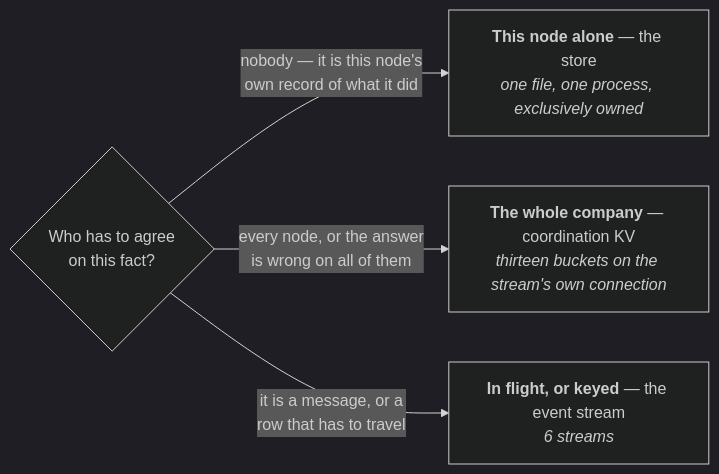
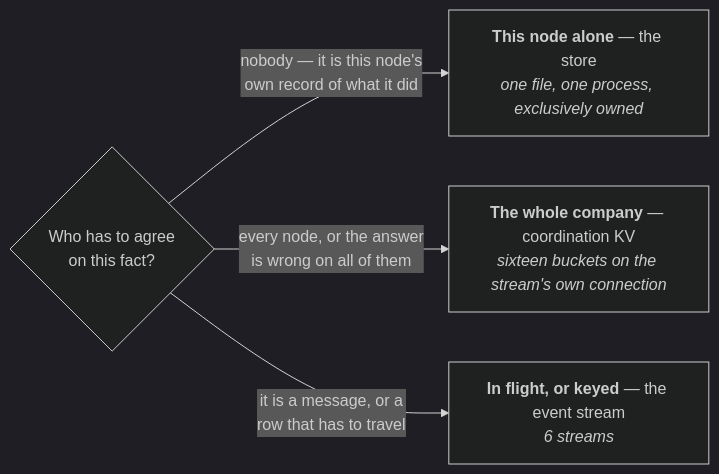
Before and after one commit to crewlet/crewlet: the ninth of 10 diagrams in docs/concepts/architecture.md, drawn with Mermaid (dark theme). The commit also changed other lines of this file and 16 other files, not shown here.

````diff
--- a/docs/concepts/architecture.md
+++ b/docs/concepts/architecture.md
@@ -485,11 +485,11 @@
 ```mermaid
 flowchart LR
     Q{"Who has to agree<br/>on this fact?"}
     LOCAL["<b>This node alone</b> — the store<br/><i>one file, one process, exclusively owned</i>"]
-    FLEET["<b>The whole company</b> — coordination KV<br/><i>thirteen buckets on the stream's own connection</i>"]
+    FLEET["<b>The whole company</b> — coordination KV<br/><i>sixteen buckets on the stream's own connection</i>"]
     STREAM["<b>In flight, or keyed</b> — the event stream<br/><i>6 streams</i>"]
 
     Q -->|"nobody — it is this node's<br/>own record of what it did"| LOCAL
     Q -->|"every node, or the answer<br/>is wrong on all of them"| FLEET
     Q -->|"it is a message, or a<br/>row that has to travel"| STREAM
 ```
````
